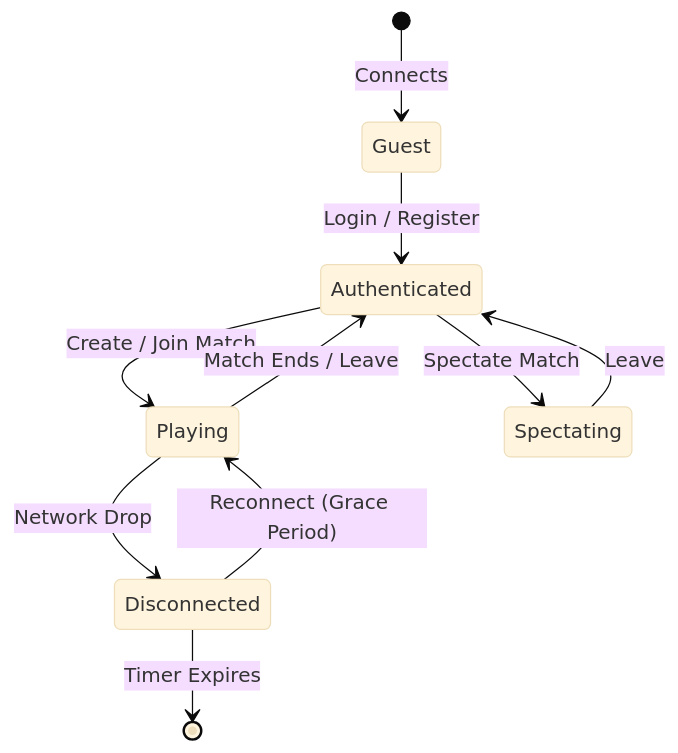
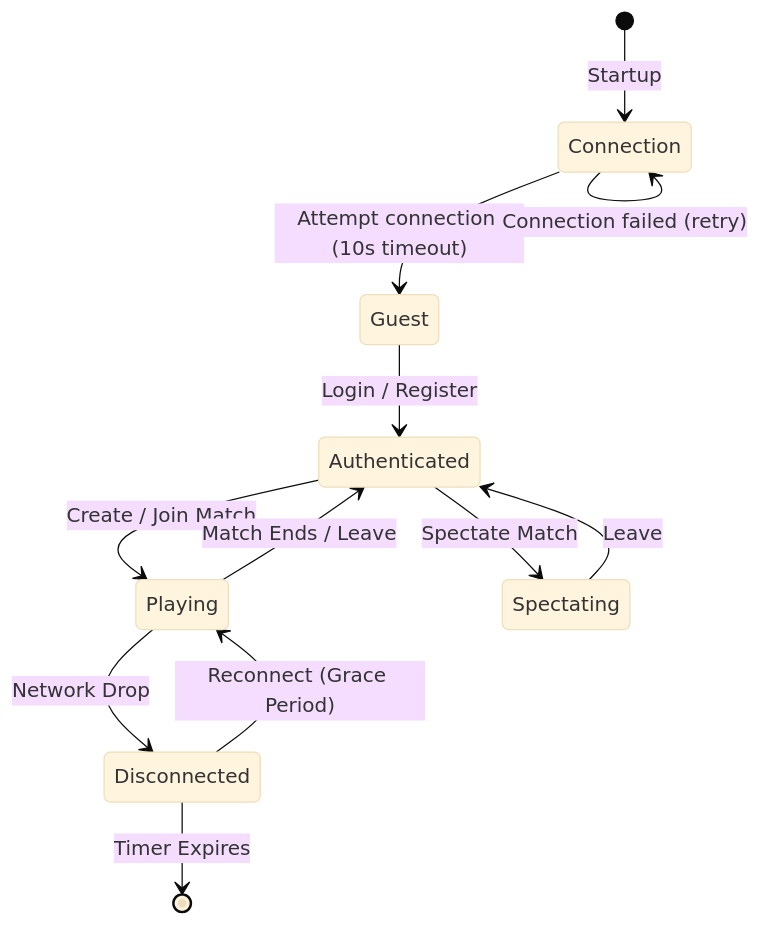
The seventh of 8 diagrams in docs/USER_GUIDE.md (CodeAlchemy-Labs/tictactoe-rs), drawn with Mermaid (base theme) before and after one commit. The commit also changed other lines of this file and 6 other files, not shown here.

````diff
--- a/docs/USER_GUIDE.md
+++ b/docs/USER_GUIDE.md
@@ -204,12 +226,14 @@
 ```mermaid
 stateDiagram-v2
-    [*] --> Guest : Connects
+    [*] --> Connection : Startup
+    Connection --> Guest : Attempt connection (10s timeout)
+    Connection --> Connection : Connection failed (retry)
     Guest --> Authenticated : Login / Register
     Authenticated --> Playing : Create / Join Match
     Authenticated --> Spectating : Spectate Match
     Playing --> Authenticated : Match Ends / Leave
     Spectating --> Authenticated : Leave
     Playing --> Disconnected : Network Drop
     Disconnected --> Playing : Reconnect (Grace Period)
     Disconnected --> [*] : Timer Expires
 ```
````
